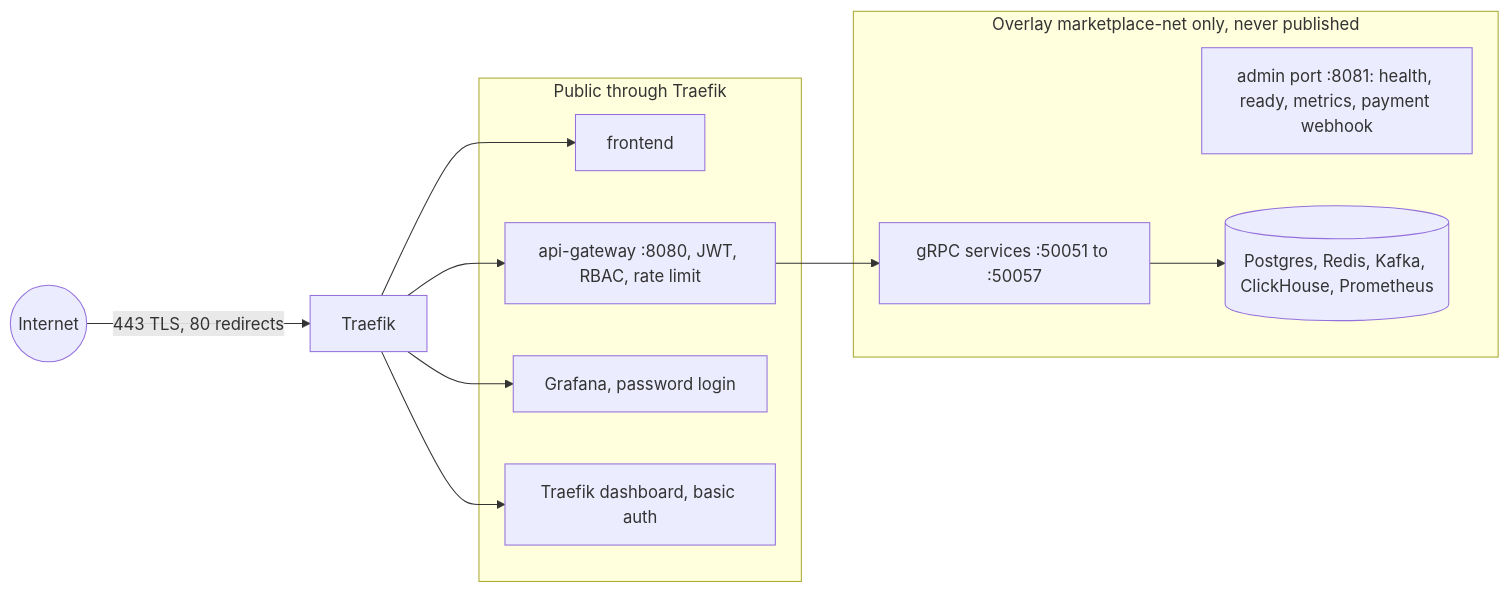
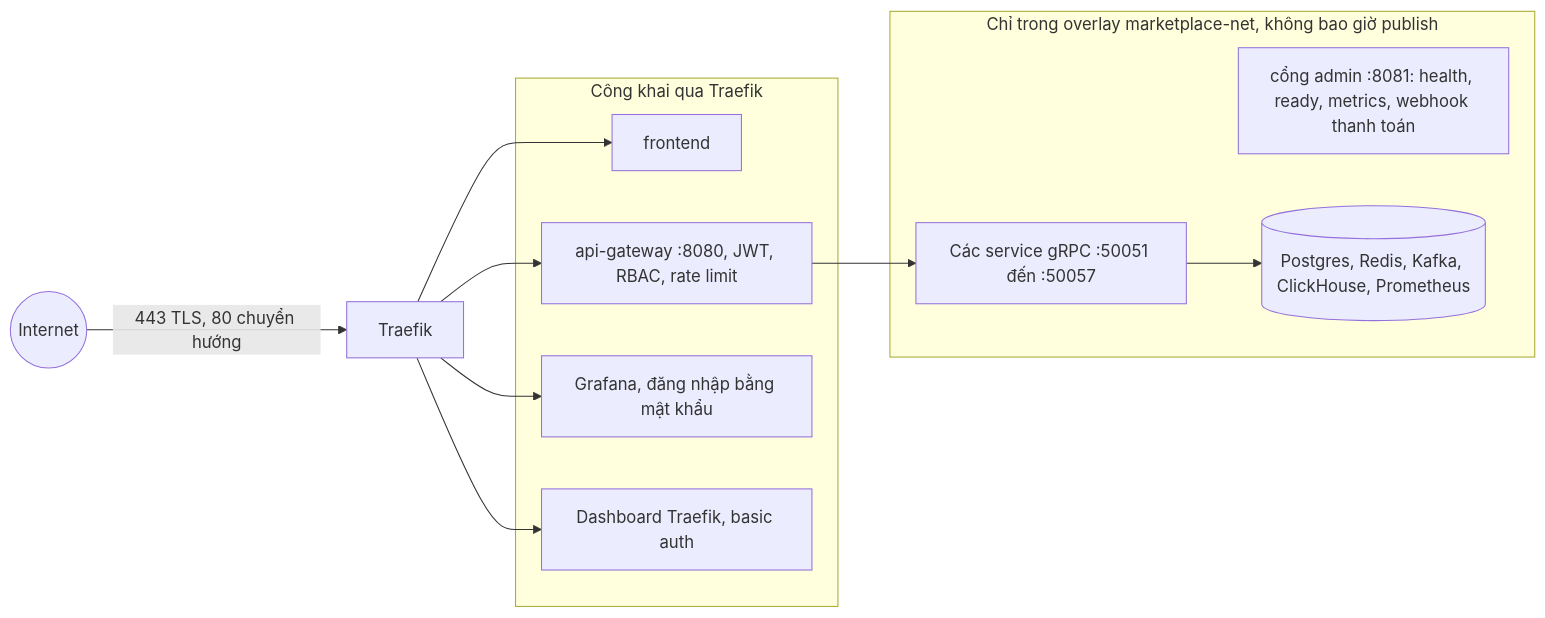
One commit to khoatran18/mini-marketplace changed the third of 3 diagrams in docs/design/05_SECURITY.md. Above: the diagram before and after it, drawn with Mermaid. The commit also changed other lines of this file and 29 other files, not shown here.

````diff
--- a/docs/design/05_SECURITY.md
+++ b/docs/design/05_SECURITY.md
@@ -73,21 +74,21 @@
 ```mermaid
 flowchart LR
-  NET(("Internet")) -->|"443 TLS, 80 redirects"| TR["Traefik"]
-  subgraph PUB["Public through Traefik"]
+  NET(("Internet")) -->|"443 TLS, 80 chuyển hướng"| TR["Traefik"]
+  subgraph PUB["Công khai qua Traefik"]
     FE["frontend"]
     GW["api-gateway :8080, JWT, RBAC, rate limit"]
-    GF["Grafana, password login"]
-    TD["Traefik dashboard, basic auth"]
+    GF["Grafana, đăng nhập bằng mật khẩu"]
+    TD["Dashboard Traefik, basic auth"]
   end
   TR --> FE
   TR --> GW
   TR --> GF
   TR --> TD
-  subgraph INT["Overlay marketplace-net only, never published"]
-    SV["gRPC services :50051 to :50057"]
-    AD["admin port :8081: health, ready, metrics, payment webhook"]
+  subgraph INT["Chỉ trong overlay marketplace-net, không bao giờ publish"]
+    SV["Các service gRPC :50051 đến :50057"]
+    AD["cổng admin :8081: health, ready, metrics, webhook thanh toán"]
     DS[("Postgres, Redis, Kafka, ClickHouse, Prometheus")]
   end
   GW --> SV
   SV --> DS
 ```
````
